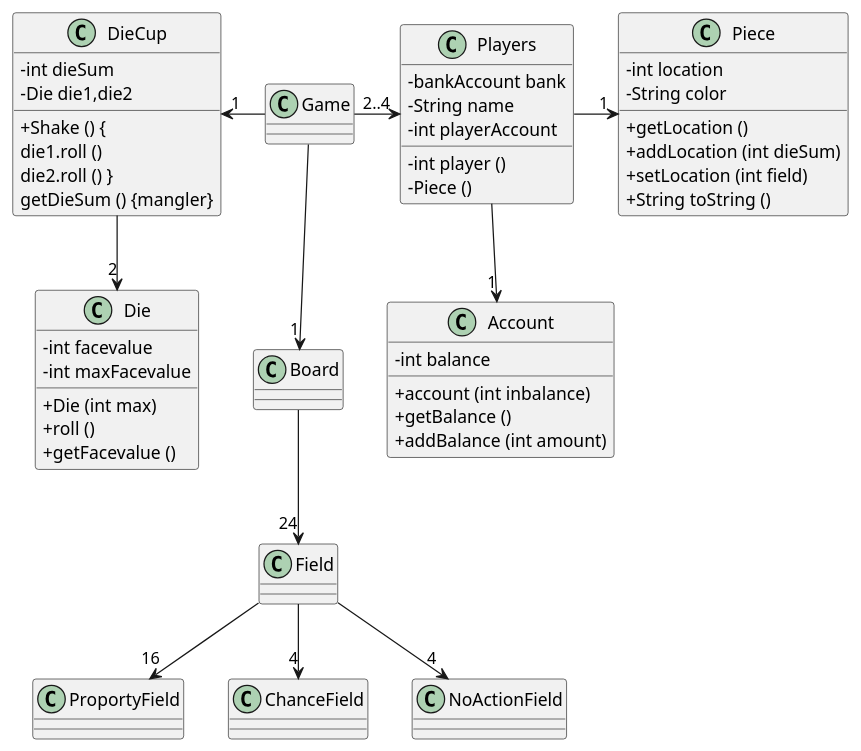
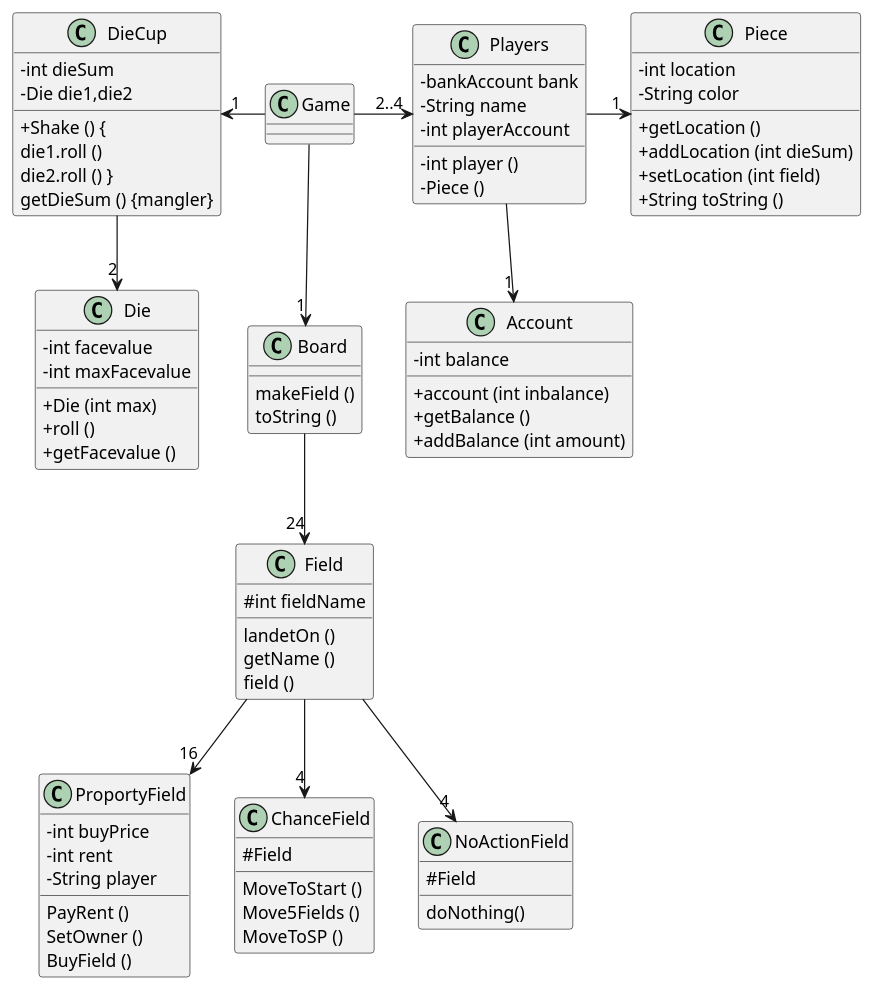
One commit to Jakob-SA/CDIO-3 changed the diagram in src/main/java/plantUML_diagrams/Design ClassDiagram.puml. Above: the diagram before and after it, drawn with PlantUML.

Commit message:
DesignClassDiagram Version 2

```diff
--- a/src/main/java/plantUML_diagrams/Design ClassDiagram.puml
+++ b/src/main/java/plantUML_diagrams/Design ClassDiagram.puml
@@ -1,60 +1,89 @@
 @startuml
 'https://plantuml.com/class-diagram
 skinparam classAttributeIconSize 0
 Class Game
 Game -> "2..4" Players
 Players --> "1" Account
 Players -> "1" Piece
 DieCup"1" <- Game
 DieCup --> "2" Die
 Game --> "1" Board
 Board --> "24" Field
 Field --> "16"ProportyField
 Field --> "4"ChanceField
 Field --> "4"NoActionField
 
-
 Class Board
 Class Field
 Class ProportyField
 Class ChanceField
 Class NoActionField
+
+Class Field
+Field : #int fieldName
+Field : landetOn ()
+Field : getName ()
+Field : field ()
+
+Class ChanceField
+ChanceField : #Field
+ChanceField : MoveToStart ()
+ChanceField : Move5Fields ()
+ChanceField : MoveToSP ()
+
+Class Board
+Board : makeField ()
+Board : toString ()
+
+Class Game
+
+Class NoActionField
+NoActionField : # Field
+NoActionField : doNothing()
+
+Class ProportyField
+ProportyField : - int buyPrice
+ProportyField : - int rent
+ProportyField : - String player
+ProportyField : PayRent ()
+ProportyField : SetOwner ()
+ProportyField : BuyField ()
 
 Class DieCup
 DieCup : - int dieSum
 DieCup : - Die die1,die2
 DieCup : + Shake () {
 DieCup : die1.roll ()
 DieCup : die2.roll () }
 DieCup : getDieSum () {mangler}
 
 
 Class Die
 Die : - int facevalue
 Die : - int maxFacevalue
 Die : + Die (int max)
 Die : + roll ()
 Die : + getFacevalue ()
 
 Class Players
 Players : - bankAccount bank
 Players : - String name
 Players : - int playerAccount
 Players : - int player ()
 Players : - Piece ()
 
 Class Piece
 Piece : - int location
 Piece : - String color
 Piece : + getLocation ()
 Piece : + addLocation (int dieSum)
 Piece : + setLocation (int field)
 Piece : + String toString ()
 
 Class Account
 Account : - int balance
 Account : + account (int inbalance)
 Account : + getBalance ()
 Account : + addBalance (int amount)
 
 @enduml
```
